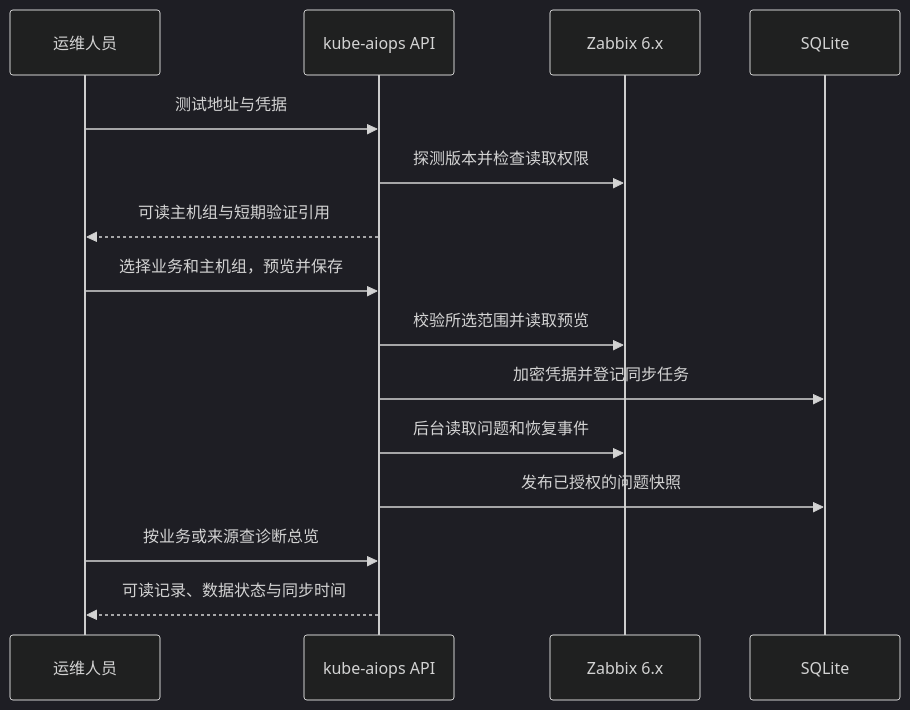
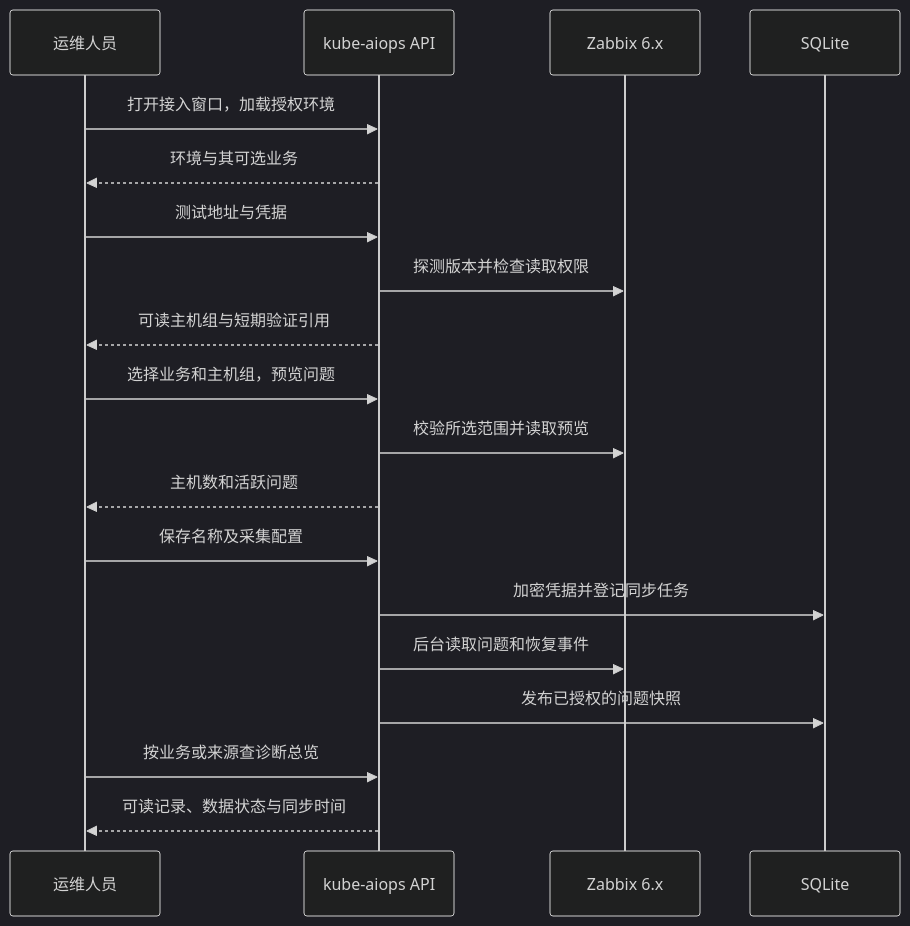
The diagram in docx/zabbix-diagnostics-onboarding.md (abchw517/kube-aiops), drawn with Mermaid (dark theme) before and after one commit. The commit also changed other lines of this file and 11 other files, not shown here.

````diff
--- a/docx/zabbix-diagnostics-onboarding.md
+++ b/docx/zabbix-diagnostics-onboarding.md
@@ -11,17 +11,21 @@
 ```mermaid
 sequenceDiagram
     participant U as 运维人员
     participant P as kube-aiops API
     participant Z as Zabbix 6.x
     participant S as SQLite
+    U->>P: 打开接入窗口，加载授权环境
+    P-->>U: 环境与其可选业务
     U->>P: 测试地址与凭据
     P->>Z: 探测版本并检查读取权限
     P-->>U: 可读主机组与短期验证引用
-    U->>P: 选择业务和主机组，预览并保存
+    U->>P: 选择业务和主机组，预览问题
     P->>Z: 校验所选范围并读取预览
+    P-->>U: 主机数和活跃问题
+    U->>P: 保存名称及采集配置
     P->>S: 加密凭据并登记同步任务
     P->>Z: 后台读取问题和恢复事件
     P->>S: 发布已授权的问题快照
     U->>P: 按业务或来源查诊断总览
     P-->>U: 可读记录、数据状态与同步时间
 ```
````
